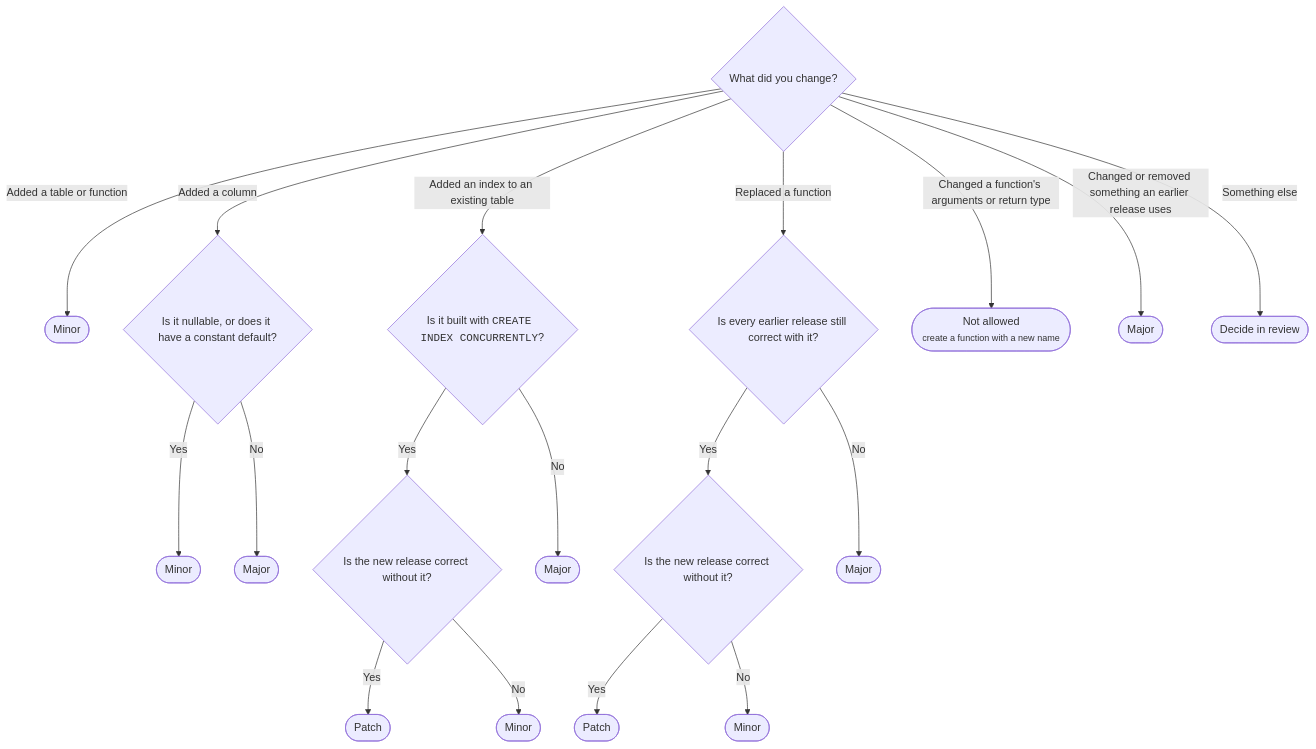
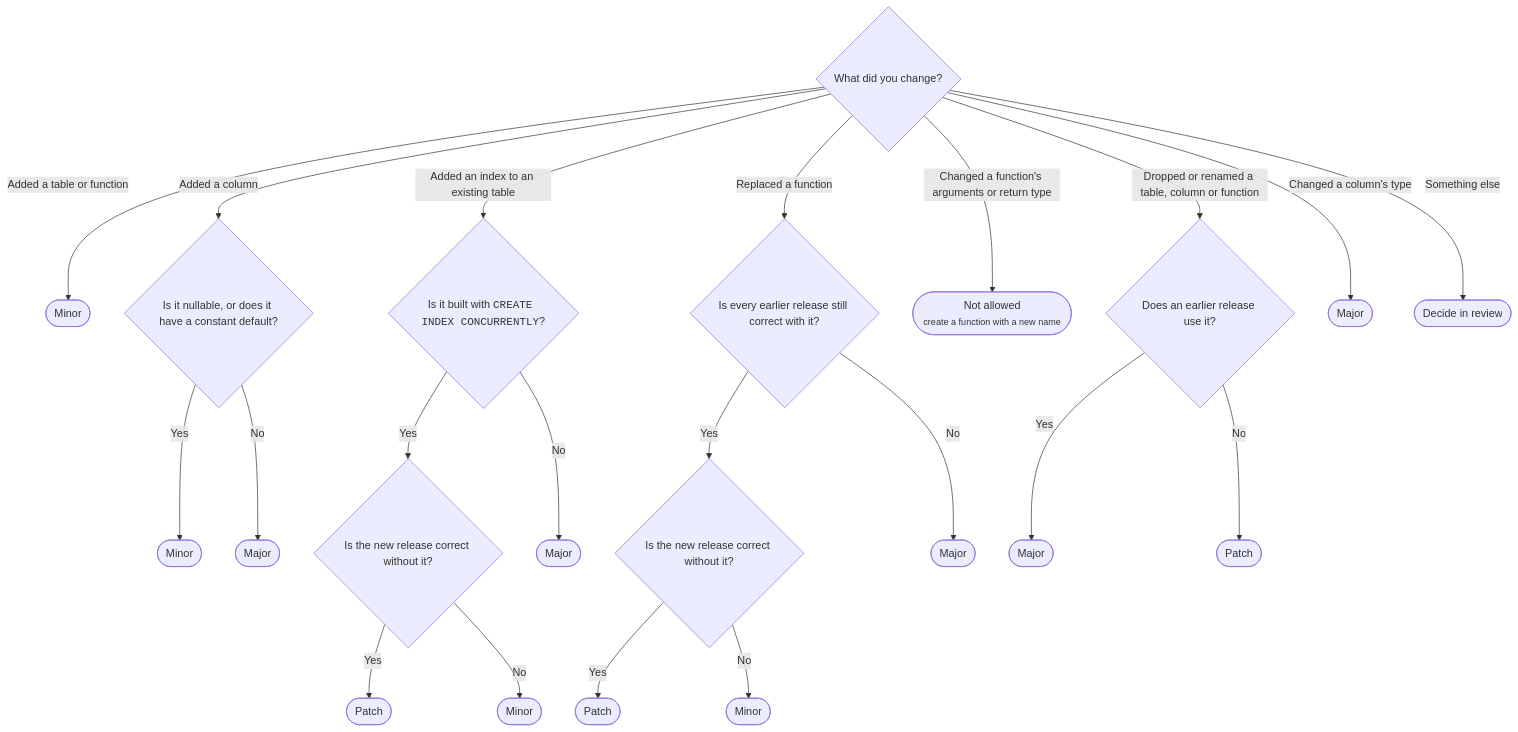
The diagram in docs/maintainers/schema.md (dogmatiq/runkit), drawn with Mermaid before and after one commit. The commit also changed other lines of this file and 7 other files, not shown here.

````diff
--- a/docs/maintainers/schema.md
+++ b/docs/maintainers/schema.md
@@ -38,46 +41,52 @@
 ```mermaid
 ---
 config:
   flowchart:
     curve: basis
   themeCSS: "marker { overflow: visible; } marker path { transform: scale(1.25); transform-origin: 10px 5px; }"
 ---
 flowchart TD
 	change@{shape: diamond, label: "What did you change?"}
 	column@{shape: diamond, label: "Is it nullable, or does it have a constant default?"}
 	index@{shape: diamond, label: "Is it built with <code>CREATE INDEX CONCURRENTLY</code>?"}
 	function@{shape: diamond, label: "Is every earlier release still correct with it?"}
 	indexNeeded@{shape: diamond, label: "Is the new release correct without it?"}
 	functionNeeded@{shape: diamond, label: "Is the new release correct without it?"}
+	used@{shape: diamond, label: "Does an earlier release use it?"}
 
 	added@{shape: stadium, label: "Minor"}
 	columnAdded@{shape: stadium, label: "Minor"}
 	columnFilled@{shape: stadium, label: "Major"}
 	indexOptional@{shape: stadium, label: "Patch"}
 	indexRequired@{shape: stadium, label: "Minor"}
 	blocking@{shape: stadium, label: "Major"}
 	functionOptional@{shape: stadium, label: "Patch"}
 	functionRequired@{shape: stadium, label: "Minor"}
 	incompatible@{shape: stadium, label: "Major"}
-	broken@{shape: stadium, label: "Major"}
+	usedMajor@{shape: stadium, label: "Major"}
+	unused@{shape: stadium, label: "Patch"}
+	retyped@{shape: stadium, label: "Major"}
 	signature@{shape: stadium, label: "Not allowed<br><small>create&nbsp;a&nbsp;function&nbsp;with&nbsp;a&nbsp;new&nbsp;name</small>"}
 	other@{shape: stadium, label: "Decide in review"}
 
 	change -->|Added a table or function| added
 	change -->|Added a column| column
 	column -->|Yes| columnAdded
 	column -->|No| columnFilled
 	change -->|Added an index to an existing table| index
 	index -->|Yes| indexNeeded
 	indexNeeded -->|Yes| indexOptional
 	indexNeeded -->|No| indexRequired
 	index -->|No| blocking
 	change -->|Replaced a function| function
 	change -->|Changed a function's arguments or return type| signature
 	function -->|Yes| functionNeeded
 	functionNeeded -->|Yes| functionOptional
 	functionNeeded -->|No| functionRequired
 	function -->|No| incompatible
-	change -->|Changed or removed something an earlier release uses| broken
+	change -->|Dropped or renamed a table, column or function| used
+	used -->|Yes| usedMajor
+	used -->|No| unused
+	change -->|Changed a column's type| retyped
 	change -->|Something else| other
 ```
````
